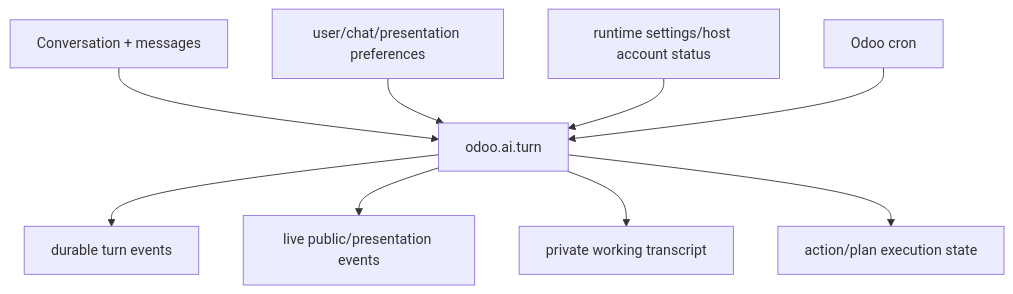
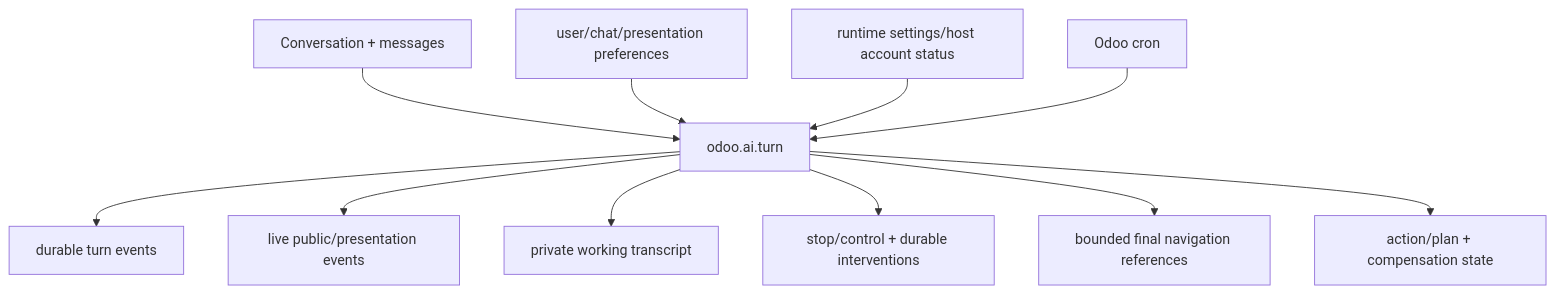
Before and after one commit to CPX-001/ai-odoo-assistant: the diagram in addons/odoo_ai_assistant/models/README.md, drawn with Mermaid. The commit also changed other lines of this file, not shown here.

````diff
--- a/addons/odoo_ai_assistant/models/README.md
+++ b/addons/odoo_ai_assistant/models/README.md
@@ -5,11 +5,13 @@
 ```mermaid
 flowchart TB
     CONV[Conversation + messages] --> TURN[odoo.ai.turn]
     TURN --> EVENT[durable turn events]
     TURN --> LIVE[live public/presentation events]
     TURN --> WORK[private working transcript]
-    TURN --> EFFECT[action/plan execution state]
+    TURN --> CONTROL[stop/control + durable interventions]
+    TURN --> NAV[bounded final navigation references]
+    TURN --> EFFECT[action/plan + compensation state]
     PREF[user/chat/presentation preferences] --> TURN
     SETTINGS[runtime settings/host account status] --> TURN
     CRON[Odoo cron] --> TURN
 ```
````
